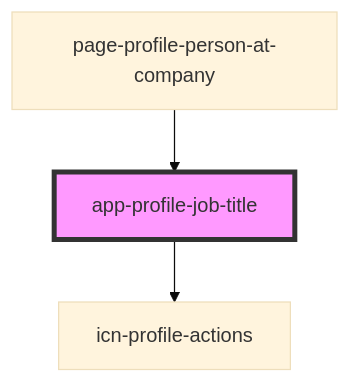
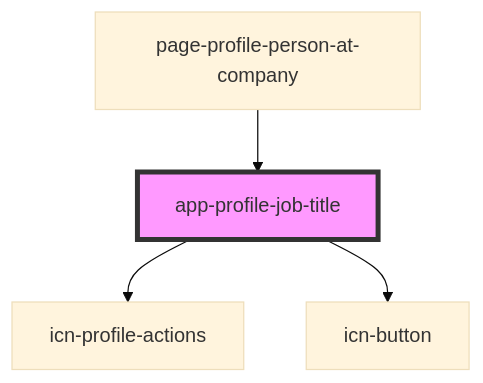
The diagram in iconeventnetwork-web/src/components/app-profile-job-title/readme.md (lokheed/IconEventNetwork.Web), drawn with Mermaid (base theme) before and after one commit. The commit also changed other lines of this file and 61 other files, not shown here.

First line of the commit message:
Created icn-button component

````diff
--- a/iconeventnetwork-web/src/components/app-profile-job-title/readme.md
+++ b/iconeventnetwork-web/src/components/app-profile-job-title/readme.md
@@ -27,6 +28,7 @@
 ```mermaid
 graph TD;
   app-profile-job-title --> icn-profile-actions
+  app-profile-job-title --> icn-button
   page-profile-person-at-company --> app-profile-job-title
   style app-profile-job-title fill:#f9f,stroke:#333,stroke-width:4px
 ```
````
